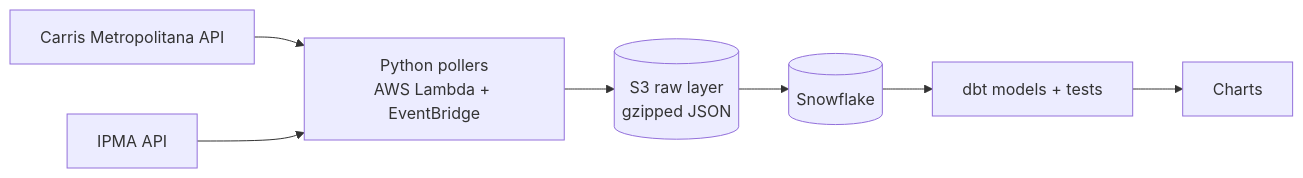
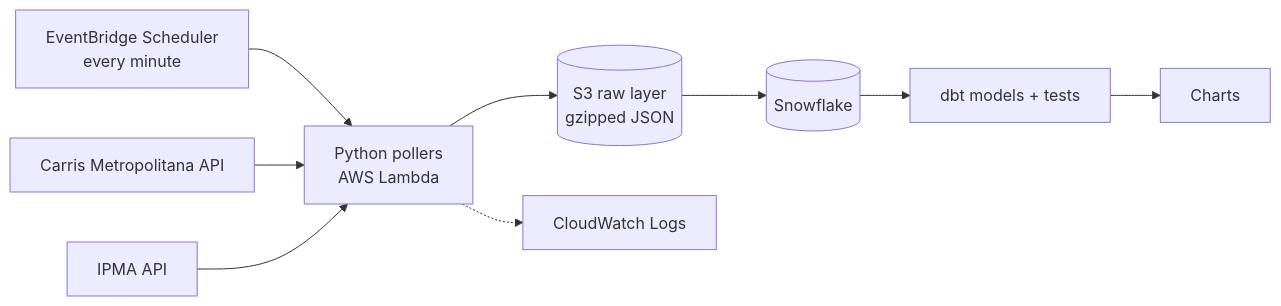
One commit to fmarsilv/lisbon-transit-pipeline changed the diagram in README.md. Above: the diagram before and after it, drawn with Mermaid. The commit also changed other lines of this file, not shown here.

Commit message:
docs: update README for lambda deployment and live vehicles poller

````diff
--- a/README.md
+++ b/README.md
@@ -132,9 +150,11 @@
 ```mermaid
 flowchart LR
-    A[Carris Metropolitana API] --> C[Python pollers<br/>AWS Lambda + EventBridge]
+    S[EventBridge Scheduler<br/>every minute] --> C[Python pollers<br/>AWS Lambda]
+    A[Carris Metropolitana API] --> C
     B[IPMA API] --> C
     C --> D[(S3 raw layer<br/>gzipped JSON)]
+    C -.-> L[CloudWatch Logs]
     D --> E[(Snowflake)]
     E --> F[dbt models + tests]
     F --> G[Charts]
 ```
````
